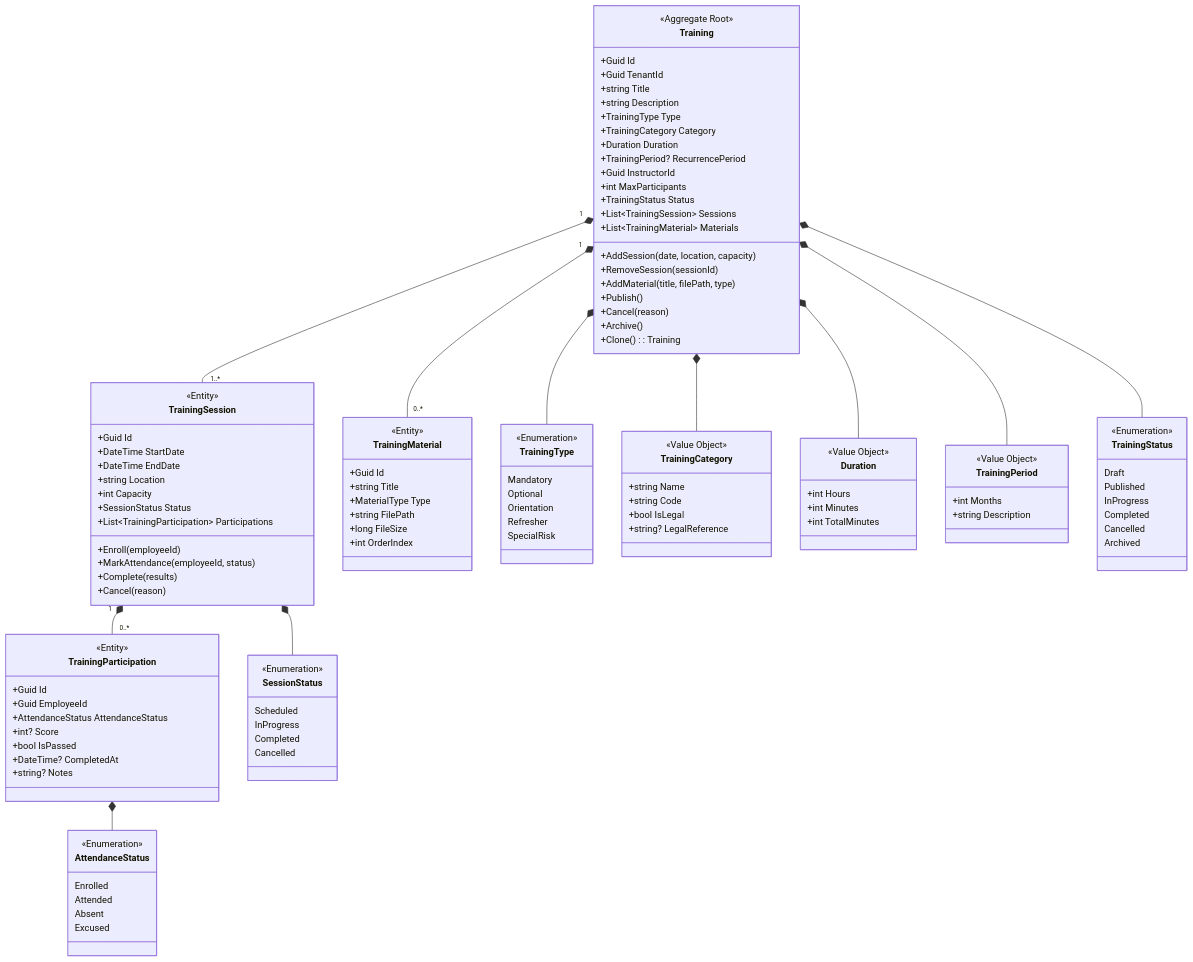
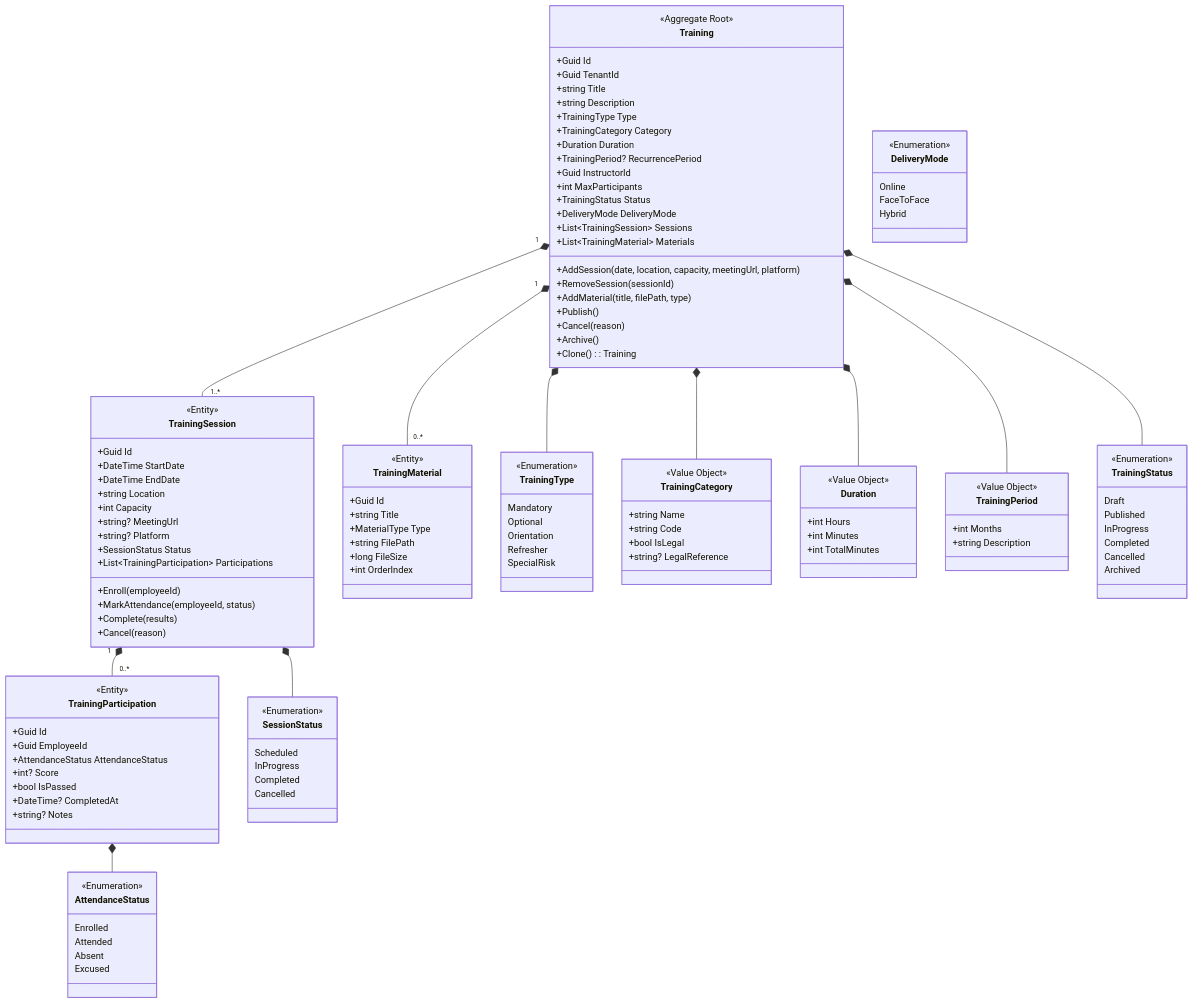
The ninth of 20 diagrams in docs/domain-model.md (fatma-oncu/SafeFlow-AI), drawn with Mermaid before and after one commit. The commit also changed other lines of this file and 40 other files, not shown here.

```diff
--- a/docs/domain-model.md
+++ b/docs/domain-model.md
@@ -587,9 +677,10 @@
         +Guid InstructorId
         +int MaxParticipants
         +TrainingStatus Status
+        +DeliveryMode DeliveryMode
         +List~TrainingSession~ Sessions
         +List~TrainingMaterial~ Materials
-        +AddSession(date, location, capacity)
+        +AddSession(date, location, capacity, meetingUrl, platform)
         +RemoveSession(sessionId)
         +AddMaterial(title, filePath, type)
         +Publish()
@@ -605,6 +696,8 @@
         +DateTime EndDate
         +string Location
         +int Capacity
+        +string? MeetingUrl
+        +string? Platform
         +SessionStatus Status
         +List~TrainingParticipation~ Participations
         +Enroll(employeeId)
@@ -641,6 +734,13 @@
         Orientation
         Refresher
         SpecialRisk
+    }
+
+    class DeliveryMode {
+        <<Enumeration>>
+        Online
+        FaceToFace
+        Hybrid
     }
 
     class TrainingCategory {
```
